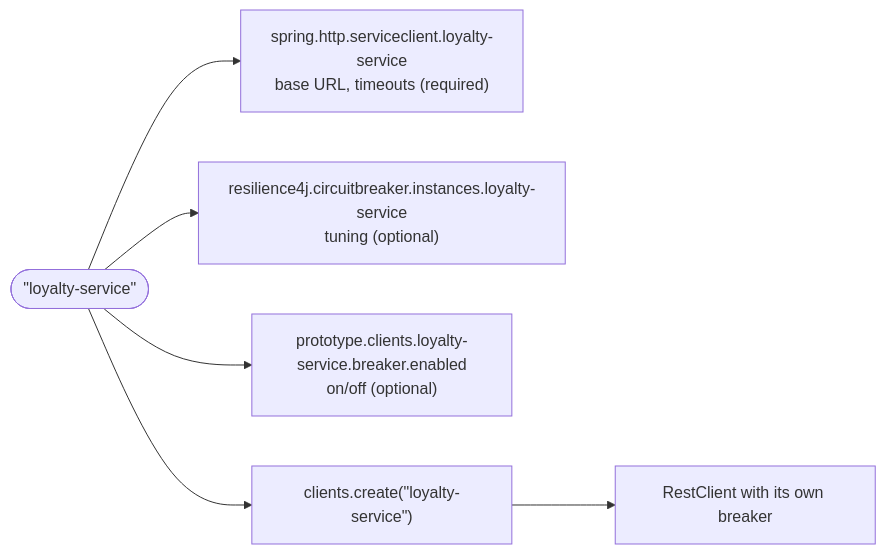
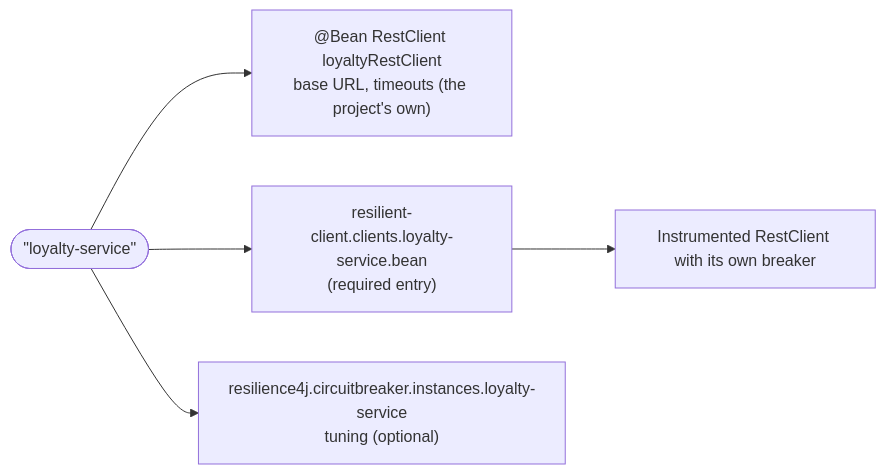
One commit to thepipeman/prototype-integrations changed the second of 2 diagrams in README.md. Above: the diagram before and after it, drawn with Mermaid. The commit also changed other lines of this file and 26 other files, not shown here.

````diff
--- a/README.md
+++ b/README.md
@@ -74,8 +74,7 @@
 ```mermaid
 flowchart LR
-    N(["&quot;loyalty-service&quot;"]) --> T["spring.http.serviceclient.loyalty-service<br/>base URL, timeouts (required)"]
+    N(["&quot;loyalty-service&quot;"]) --> T["@Bean RestClient loyaltyRestClient<br/>base URL, timeouts (the project's own)"]
+    N --> L["resilient-client.clients.loyalty-service.bean<br/>(required entry)"]
     N --> R["resilience4j.circuitbreaker.instances.loyalty-service<br/>tuning (optional)"]
-    N --> P["prototype.clients.loyalty-service.breaker.enabled<br/>on/off (optional)"]
-    N --> C["clients.create(&quot;loyalty-service&quot;)"]
-    C --> B["RestClient with its own breaker"]
+    L --> B["Instrumented RestClient with its own breaker"]
 ```
````
